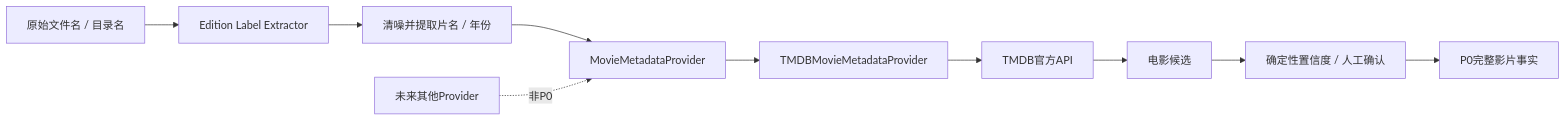
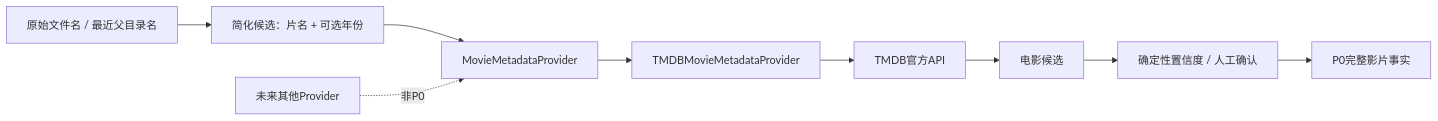
Before and after one commit to yuanchaoy03-dot/AI-Media-Center: diagram 22 of 30 in docs/02-系统架构设计文档.md, drawn with Mermaid. The commit also changed other lines of this file, not shown here.

````diff
--- a/docs/02-系统架构设计文档.md
+++ b/docs/02-系统架构设计文档.md
@@ -1697,12 +1697,11 @@
 ```mermaid
 flowchart LR
-    Raw["原始文件名 / 目录名"] --> Edition["Edition Label Extractor"]
-    Edition --> Parser["清噪并提取片名 / 年份"]
+    Raw["原始文件名 / 最近父目录名"] --> Parser["简化候选：片名 + 可选年份"]
     Parser --> Port["MovieMetadataProvider"]
     Port --> P0["TMDBMovieMetadataProvider"]
     P0 --> API["TMDB官方API"]
     API --> Candidate["电影候选"]
     Candidate --> Match["确定性置信度 / 人工确认"]
     Match --> Details["P0完整影片事实"]
     Future["未来其他Provider"] -. "非P0" .-> Port
 ```
````
